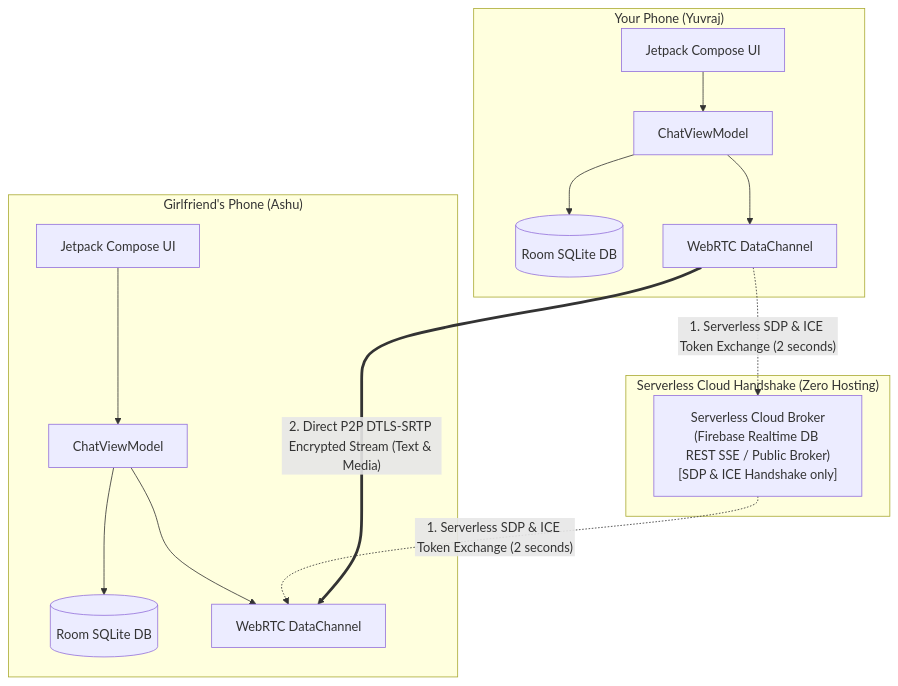
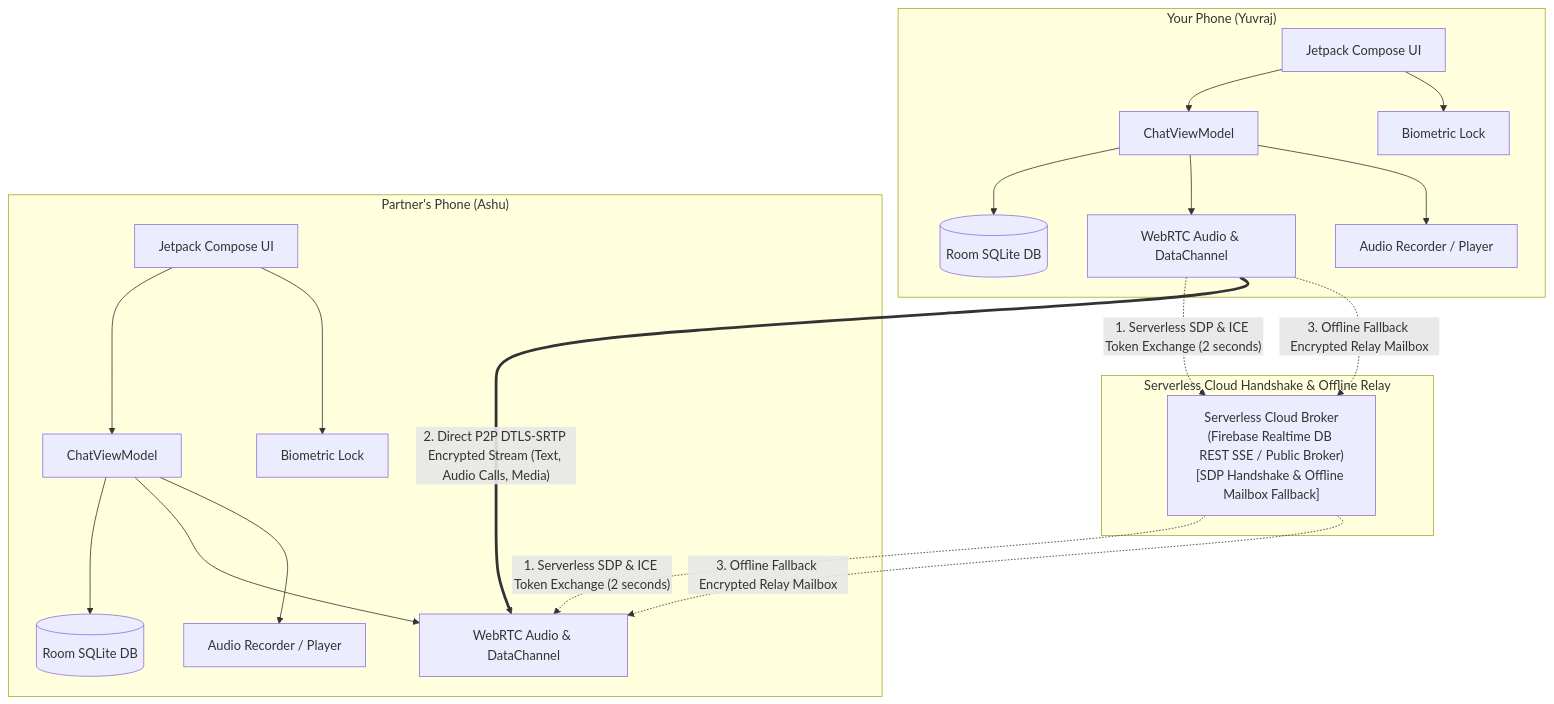
The diagram in README.md (itsmeyuvraj/AshuChat), drawn with Mermaid before and after one commit. The commit also changed other lines of this file, not shown here.

Commit message:
docs: update README with biometric lock, voice calling, voice notes, reactions, and disappearing messages

````diff
--- a/README.md
+++ b/README.md
@@ -40,30 +65,40 @@
 ```mermaid
 graph TD
     subgraph Device A ["Your Phone (Yuvraj)"]
         UI_A["Jetpack Compose UI"]
         VM_A["ChatViewModel"]
         ROOM_A[("Room SQLite DB")]
-        RTC_A["WebRTC DataChannel"]
+        RTC_A["WebRTC Audio & DataChannel"]
+        AUDIO_A["Audio Recorder / Player"]
+        BIO_A["Biometric Lock"]
         UI_A --> VM_A
         VM_A --> ROOM_A
         VM_A --> RTC_A
+        VM_A --> AUDIO_A
+        UI_A --> BIO_A
     end
 
-    subgraph Serverless ["Serverless Cloud Handshake (Zero Hosting)"]
-        RTDB["Serverless Cloud Broker\n(Firebase Realtime DB REST SSE / Public Broker)\n[SDP & ICE Handshake only]"]
+    subgraph Serverless ["Serverless Cloud Handshake & Offline Relay"]
+        RTDB["Serverless Cloud Broker\n(Firebase Realtime DB REST SSE / Public Broker)\n[SDP Handshake & Offline Mailbox Fallback]"]
     end
 
-    subgraph Device B ["Girlfriend's Phone (Ashu)"]
+    subgraph Device B ["Partner's Phone (Ashu)"]
         UI_B["Jetpack Compose UI"]
         VM_B["ChatViewModel"]
         ROOM_B[("Room SQLite DB")]
-        RTC_B["WebRTC DataChannel"]
+        RTC_B["WebRTC Audio & DataChannel"]
+        AUDIO_B["Audio Recorder / Player"]
+        BIO_B["Biometric Lock"]
         UI_B --> VM_B
         VM_B --> ROOM_B
         VM_B --> RTC_B
+        VM_B --> AUDIO_B
+        UI_B --> BIO_B
     end
 
     RTC_A -. "1. Serverless SDP & ICE Token Exchange (2 seconds)" .-> RTDB
     RTDB -. "1. Serverless SDP & ICE Token Exchange (2 seconds)" .-> RTC_B
-    RTC_A == "2. Direct P2P DTLS-SRTP Encrypted Stream (Text & Media)" ==> RTC_B
+    RTC_A == "2. Direct P2P DTLS-SRTP Encrypted Stream (Text, Audio Calls, Media)" ==> RTC_B
+    RTC_A -. "3. Offline Fallback Encrypted Relay Mailbox" .-> RTDB
+    RTDB -. "3. Offline Fallback Encrypted Relay Mailbox" .-> RTC_B
 ```
````
